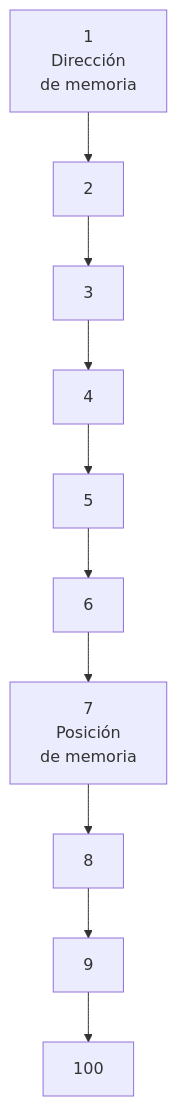
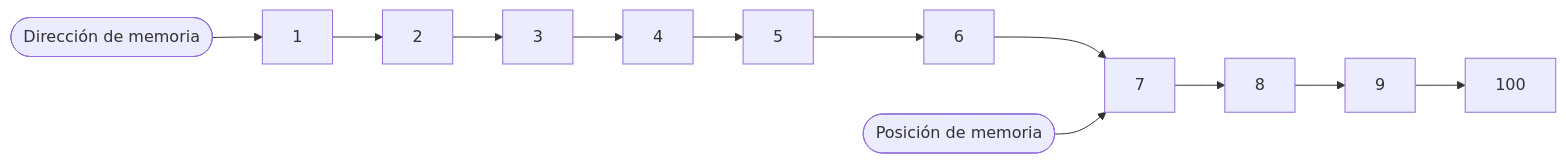
Before and after one commit to v019-exe/Fundamentos-de-maquinaria: the sixth of 6 diagrams in Apuntes A1/Estructura funcional/estructura_funcional.md, drawn with Mermaid.

Commit message:
actualización 12

````diff
--- a/Apuntes A1/Estructura funcional/estructura_funcional.md
+++ b/Apuntes A1/Estructura funcional/estructura_funcional.md
@@ -154,13 +154,10 @@
 ```mermaid
-graph TD
-    A1["1<br>Dirección<br>de memoria"] --> A2["2"]
-    A2 --> A3["3"]
-    A3 --> A4["4"]
-    A4 --> A5["5"]
-    A5 --> A6["6"]
-    A6 --> A7["7<br>Posición<br>de memoria"]
-    A7 --> A8["8"]
-    A8 --> A9["9"]
-    A9 --> A10["100"]
+graph LR
+    1["1"] --> 2["2"] --> 3["3"] --> 4["4"] --> 5["5"] --> 6["6"] --> 7["7"] --> 8["8"] --> 9["9"] --> 10["100"]
+    
+    %% Flechas explicativas
+    memDir([Dirección de memoria]) --> 1
+    memPos([Posición de memoria]) --> 7
+
 
 ```
````
